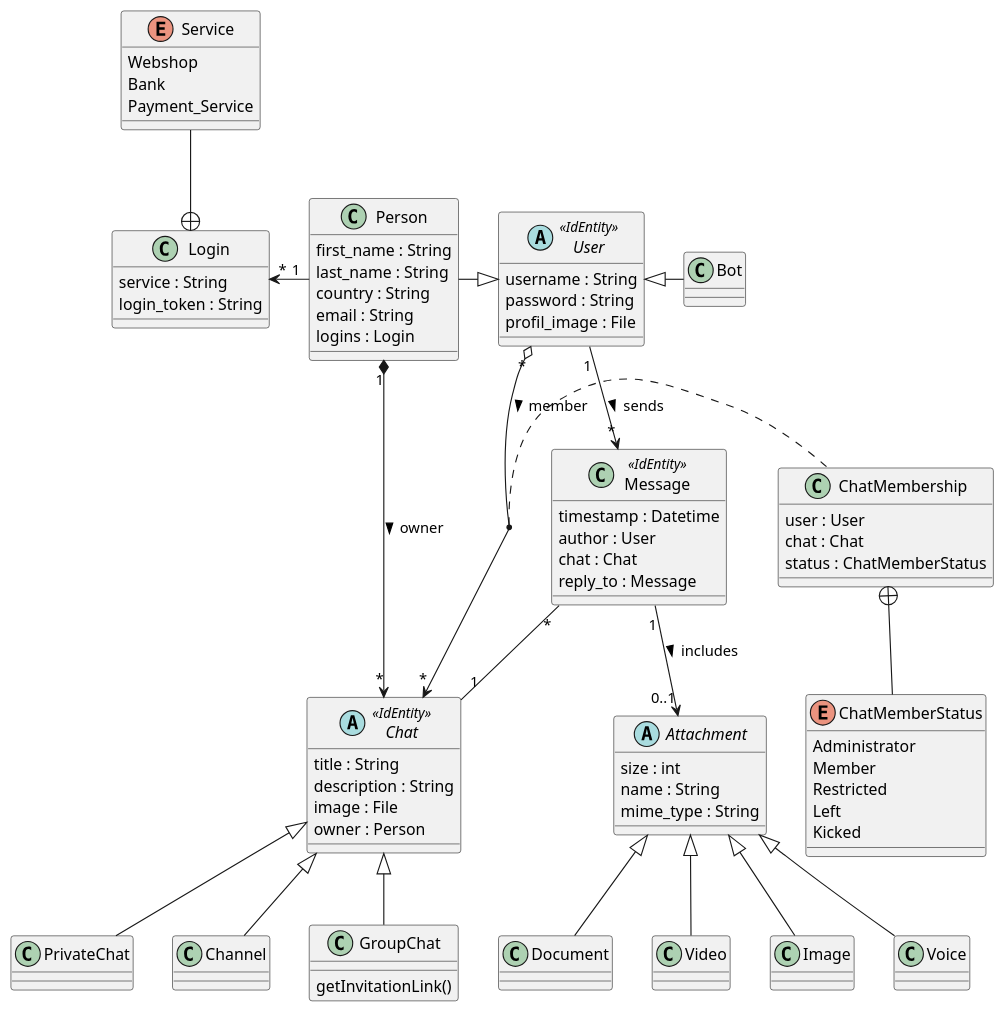
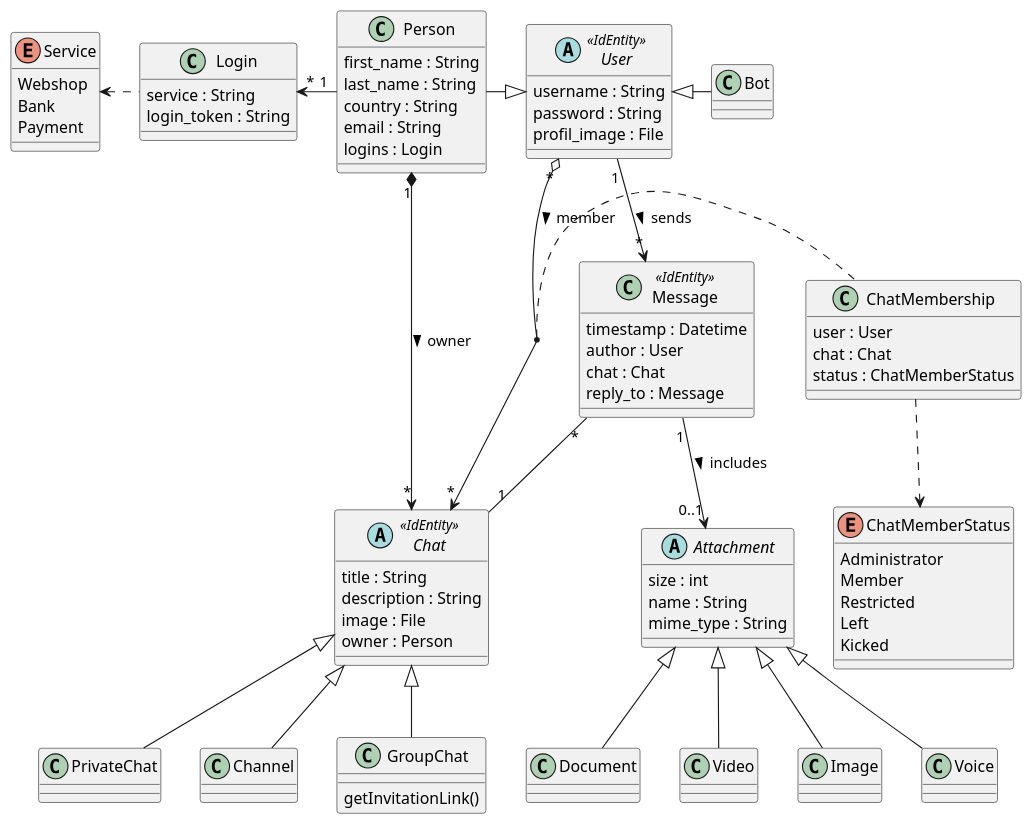
One commit to bbenno/oth-sw changed the diagram in src/doc/uml-domain.puml. Above: the diagram before and after it, drawn with PlantUML.

Commit message:
Change enum relations to dependencies

```diff
--- a/src/doc/uml-domain.puml
+++ b/src/doc/uml-domain.puml
@@ -1,101 +1,101 @@
 @startuml chat-domain
 ' classes in alphabetical order
 abstract class Attachment {
     size : int
     name : String
     mime_type : String
 }
 
 abstract class Chat <<IdEntity>> {
     title : String
     description : String
     image : File
     owner : Person
 }
 
 class ChatMembership {
     user : User
     chat : Chat
     status : ChatMemberStatus
 }
 
 enum ChatMemberStatus {
     Administrator
     Member
     Restricted
     Left
     Kicked
 }
 
 class GroupChat {
     getInvitationLink()
 }
 
 class Login {
     service : String
     login_token : String
 }
 
 class Message <<IdEntity>> {
     timestamp : Datetime
     author : User
     chat : Chat
     reply_to : Message
 }
 
 class Person {
     first_name : String
     last_name : String
     country : String
     email : String
     logins : Login
 }
 
 class PrivateChat
 
 enum Service {
     Webshop
     Bank
-    Payment_Service
+    Payment
 }
 
 abstract class User <<IdEntity>> {
     username : String
     password : String
     profil_image : File
 }
 
 ' Inheritance
 '' Chat inheritance
 Chat <|-- PrivateChat
 Chat <|-- GroupChat
 Chat <|-- Channel
 
 '' Attachment inheritance
 Attachment <|-- Video
 Attachment <|-- Image
 Attachment <|-- Voice
 Attachment <|-- Document
 
 '' Person inheritance
 Person -|> User
 User <|- Bot
 
 ' Relations
 '' to Chat
 Person "1" *--> "*" Chat : owner >
 User "*" o--> "*" Chat : member >
 (User, Chat) .. ChatMembership
 
 '' to Message
 User "1" --> "*" Message : sends >
 Message "*" -- "1" Chat
 Message "1" --> "0..1" Attachment : includes >
 
 '' with Enumerations
-Service --+ Login
-ChatMembership +-- ChatMemberStatus
+Login .left.> Service
+ChatMembership ..> ChatMemberStatus
 
 '' Misc
 Login "*" <- "1" Person
 @enduml
```
